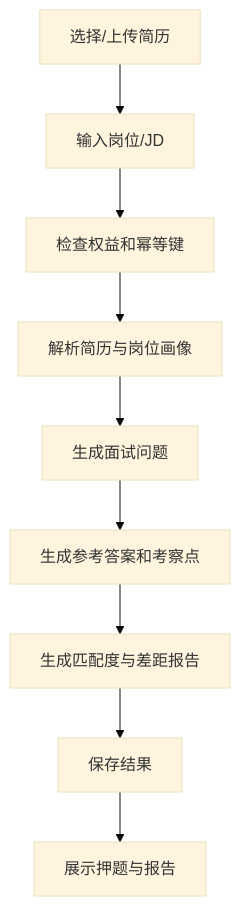
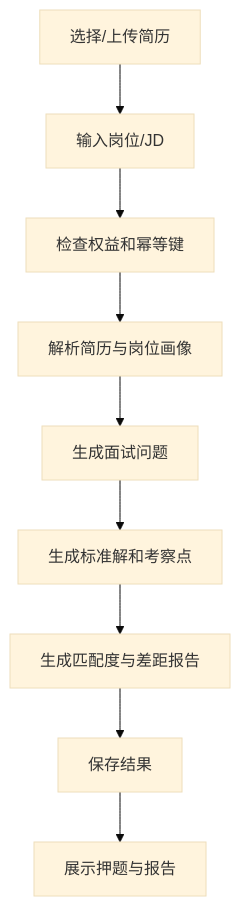
Before and after one commit to miaole/meetwise: the first of 5 diagrams in ai-docs/product/workflows/core-workflows.md, drawn with Mermaid (base theme). The commit also changed other lines of this file and 30 other files, not shown here.

````diff
--- a/ai-docs/product/workflows/core-workflows.md
+++ b/ai-docs/product/workflows/core-workflows.md
@@ -22,11 +22,11 @@
 ```mermaid
 flowchart TD
   A["选择/上传简历"] --> B["输入岗位/JD"]
   B --> C["检查权益和幂等键"]
   C --> D["解析简历与岗位画像"]
   D --> E["生成面试问题"]
-  E --> F["生成参考答案和考察点"]
+  E --> F["生成标准解和考察点"]
   F --> G["生成匹配度与差距报告"]
   G --> H["保存结果"]
   H --> I["展示押题与报告"]
 ```
````
